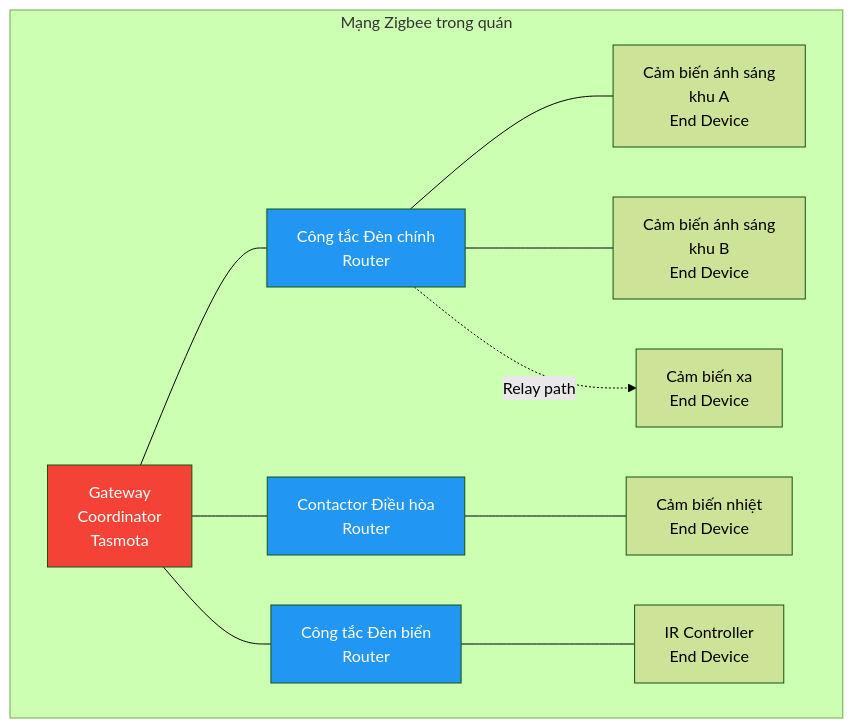
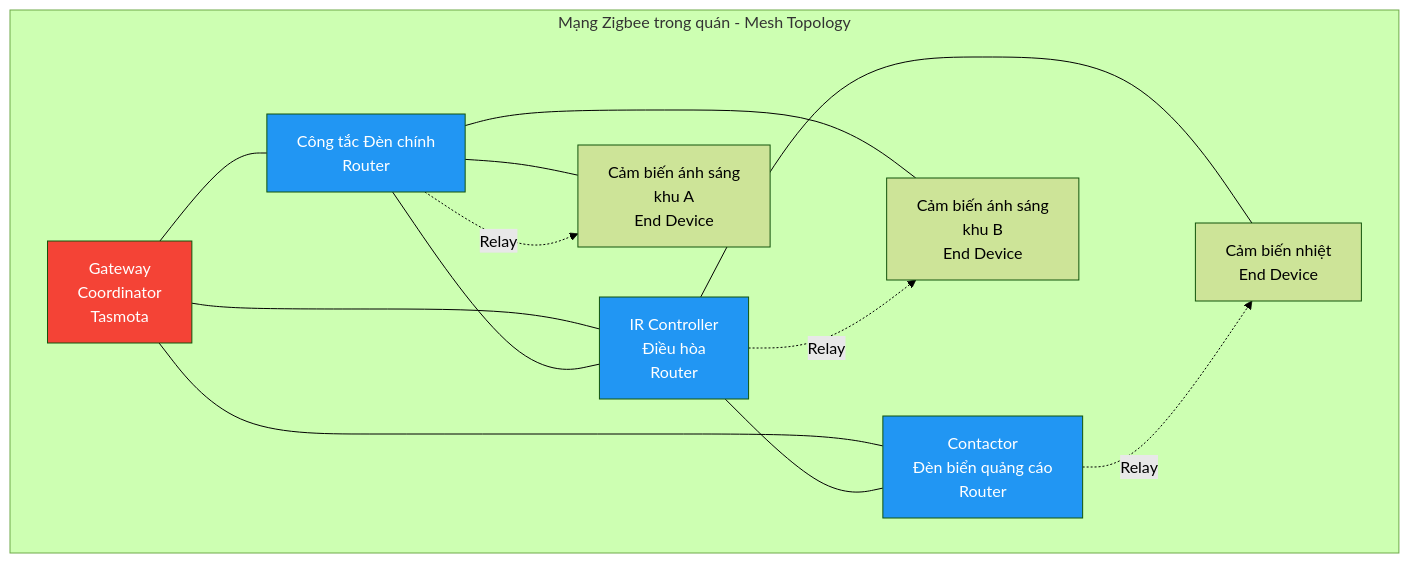
Before and after one commit to huongvn/HLCFEOS: the fourth of 8 diagrams in slides/02-techstack.md, drawn with Mermaid (forest theme). The commit also changed other lines of this file and 1 other file, not shown here.

Commit message:
fix(slide-02,05): correct Zigbee mesh topology and device roles
- Show mesh links between Router nodes (not just star topology to Coordinator)
- Rename 'Contactor Điều hòa' → 'IR Controller điều hòa' (mains-powered = Router)
- Rename 'Công tắc Đèn biển' → 'Contactor đèn biển quảng cáo'
- Update Router/End Device table: IR Controller is Router (powered), sensors are End Device
- Consistent changes applied to both slide-02 and slide-05 diagrams

````diff
--- a/slides/02-techstack.md
+++ b/slides/02-techstack.md
@@ -126,20 +126,23 @@
 ```mermaid
 graph TB
-    subgraph "Mạng Zigbee trong quán"
+    subgraph "Mạng Zigbee trong quán - Mesh Topology"
         A[Gateway<br/>Coordinator<br/>Tasmota] --- B[Công tắc Đèn chính<br/>Router]
-        A --- C[Contactor Điều hòa<br/>Router]
-        A --- D[Công tắc Đèn biển<br/>Router]
+        A --- C[IR Controller<br/>Điều hòa<br/>Router]
+        A --- D[Contactor<br/>Đèn biển quảng cáo<br/>Router]
+        B --- C
+        C --- D
         
         B --- E[Cảm biến ánh sáng<br/>khu A<br/>End Device]
         B --- F[Cảm biến ánh sáng<br/>khu B<br/>End Device]
         C --- G[Cảm biến nhiệt<br/>End Device]
-        D --- H[IR Controller<br/>End Device]
         
-        B -.->|Relay path| I[Cảm biến xa<br/>End Device]
+        B -.->|Relay| E
+        C -.->|Relay| F
+        D -.->|Relay| G
     end
     
     style A fill:#f44336,color:#fff
     style B fill:#2196F3,color:#fff
     style C fill:#2196F3,color:#fff
     style D fill:#2196F3,color:#fff
 ```
````
